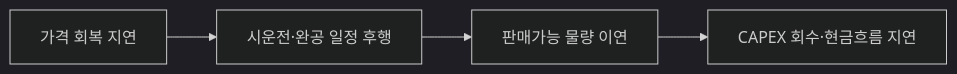
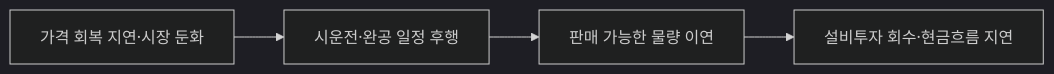
One commit to arik1988/posco-market-sensing-wiki changed the diagram in market-sensing-wiki/signals/SIG-5481DFF9613F.md. Above: the diagram before and after it, drawn with Mermaid (dark theme). The commit also changed other lines of this file and 143 other files, not shown here.

````diff
--- a/market-sensing-wiki/signals/SIG-5481DFF9613F.md
+++ b/market-sensing-wiki/signals/SIG-5481DFF9613F.md
@@ -47,6 +49,6 @@
 ```mermaid
 flowchart LR
- A[가격 회복 지연] --> B[시운전·완공 일정 후행]
- B --> C[판매가능 물량 이연]
- C --> D[CAPEX 회수·현금흐름 지연]
+ A[가격 회복 지연·시장 둔화] --> B[시운전·완공 일정 후행]
+ B --> C[판매 가능한 물량 이연]
+ C --> D[설비투자 회수·현금흐름 지연]
 ```
````
